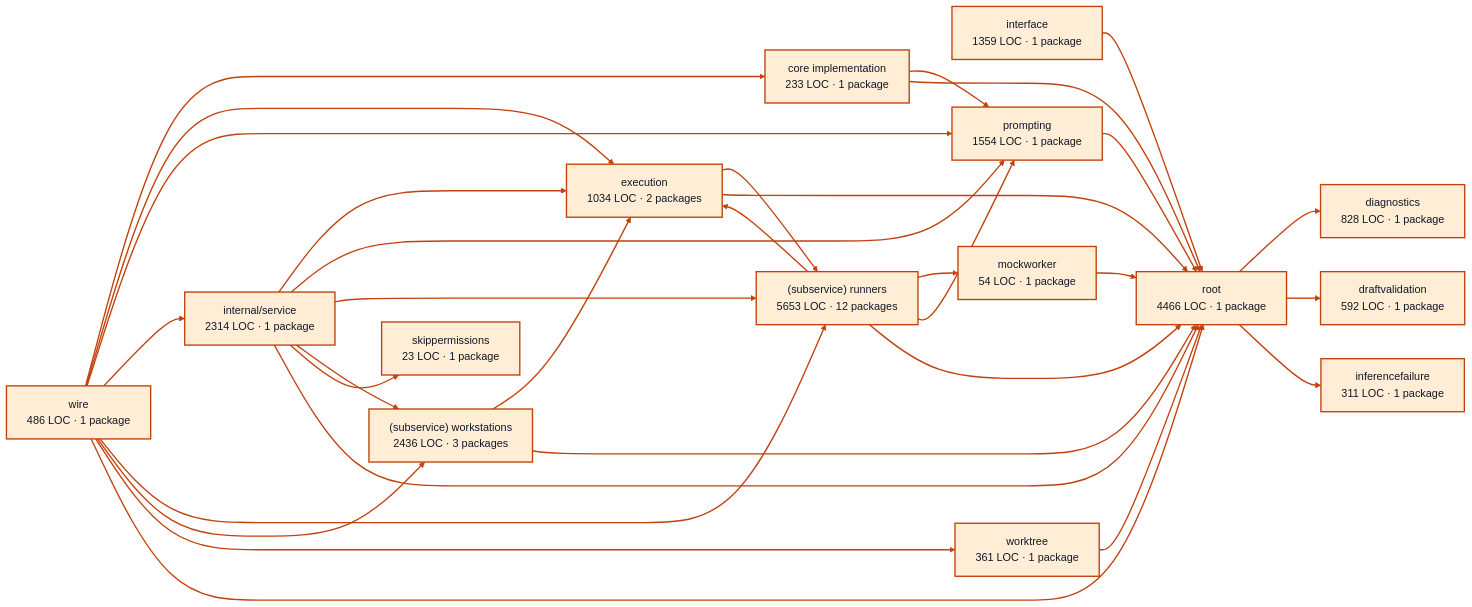
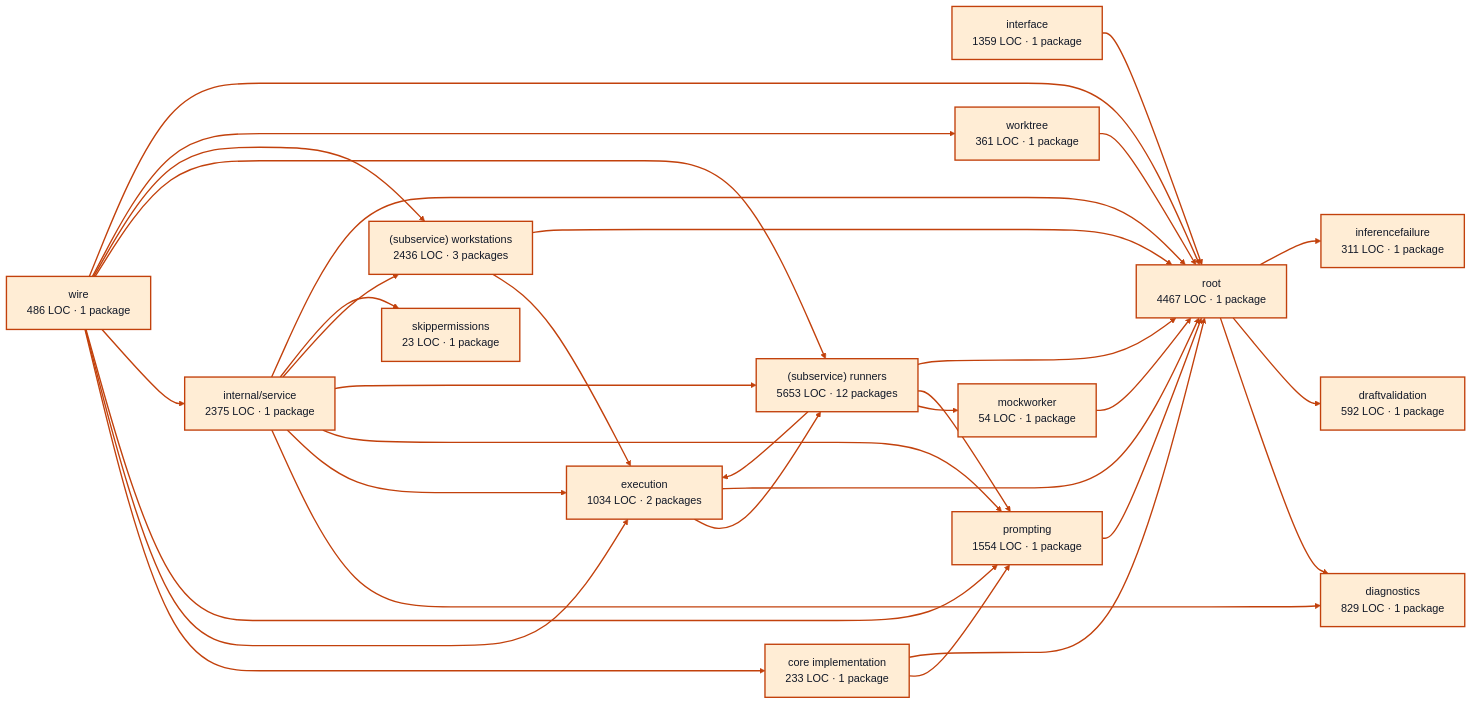
One commit to portpowered/you-agent-factory changed the diagram in docs/architecture/visualizations/services/workers.md. Above: the diagram before and after it, drawn with Mermaid. The commit also changed other lines of this file and 20 other files, not shown here.

Commit message:
docs: refresh backend architecture visualizations

````diff
--- a/docs/architecture/visualizations/services/workers.md
+++ b/docs/architecture/visualizations/services/workers.md
@@ -11,65 +11,66 @@
 ```mermaid
 flowchart LR
   p0["core implementation<br/>233 LOC · 1 package"]
-  p1["diagnostics<br/>828 LOC · 1 package"]
+  p1["diagnostics<br/>829 LOC · 1 package"]
   p2["draftvalidation<br/>592 LOC · 1 package"]
   p3["execution<br/>1034 LOC · 2 packages"]
   p4["inferencefailure<br/>311 LOC · 1 package"]
   p5["interface<br/>1359 LOC · 1 package"]
   p6["mockworker<br/>54 LOC · 1 package"]
   p7["prompting<br/>1554 LOC · 1 package"]
-  p8["internal/service<br/>2314 LOC · 1 package"]
+  p8["internal/service<br/>2375 LOC · 1 package"]
   p9["(subservice) runners<br/>5653 LOC · 12 packages"]
   p10["(subservice) workstations<br/>2436 LOC · 3 packages"]
   p11["skippermissions<br/>23 LOC · 1 package"]
   p12["worktree<br/>361 LOC · 1 package"]
-  p13["root<br/>4466 LOC · 1 package"]
+  p13["root<br/>4467 LOC · 1 package"]
   p14["wire<br/>486 LOC · 1 package"]
   p0 --> p7
   p0 --> p13
   p3 --> p9
   p3 --> p13
   p5 --> p13
   p6 --> p13
   p7 --> p13
+  p8 --> p1
   p8 --> p3
   p8 --> p7
   p8 --> p9
   p8 --> p10
   p8 --> p11
   p8 --> p13
   p9 --> p3
   p9 --> p6
   p9 --> p7
   p9 --> p13
   p10 --> p3
   p10 --> p13
   p12 --> p13
   p13 --> p1
   p13 --> p2
   p13 --> p4
   p14 --> p0
   p14 --> p3
   p14 --> p7
   p14 --> p8
   p14 --> p9
   p14 --> p10
   p14 --> p12
   p14 --> p13
   style p0 fill:#ffedd5,stroke:#c2410c,stroke-width:2px,color:#111827
   style p1 fill:#ffedd5,stroke:#c2410c,stroke-width:2px,color:#111827
   style p2 fill:#ffedd5,stroke:#c2410c,stroke-width:2px,color:#111827
   style p3 fill:#ffedd5,stroke:#c2410c,stroke-width:2px,color:#111827
   style p4 fill:#ffedd5,stroke:#c2410c,stroke-width:2px,color:#111827
   style p5 fill:#ffedd5,stroke:#c2410c,stroke-width:2px,color:#111827
   style p6 fill:#ffedd5,stroke:#c2410c,stroke-width:2px,color:#111827
   style p7 fill:#ffedd5,stroke:#c2410c,stroke-width:2px,color:#111827
   style p8 fill:#ffedd5,stroke:#c2410c,stroke-width:2px,color:#111827
   style p9 fill:#ffedd5,stroke:#c2410c,stroke-width:2px,color:#111827
   style p10 fill:#ffedd5,stroke:#c2410c,stroke-width:2px,color:#111827
   style p11 fill:#ffedd5,stroke:#c2410c,stroke-width:2px,color:#111827
   style p12 fill:#ffedd5,stroke:#c2410c,stroke-width:2px,color:#111827
   style p13 fill:#ffedd5,stroke:#c2410c,stroke-width:2px,color:#111827
   style p14 fill:#ffedd5,stroke:#c2410c,stroke-width:2px,color:#111827
   linkStyle default stroke:#c2410c,stroke-width:2px
 ```
````
